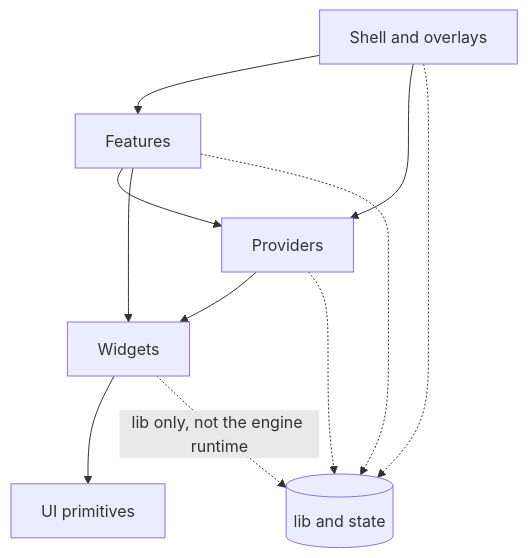
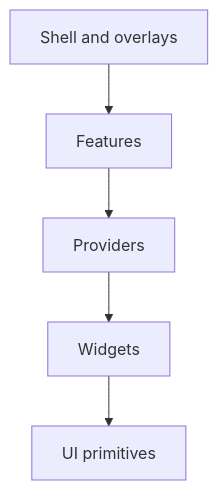
Before and after one commit to stewartadam/nightfall-lightdesk: the second of 5 diagrams in docs/internal/src/architecture/web-ui.md, drawn with Mermaid. The commit also changed other lines of this file and 6 other files, not shown here.

````diff
--- a/docs/internal/src/architecture/web-ui.md
+++ b/docs/internal/src/architecture/web-ui.md
@@ -48,16 +58,9 @@
 ```mermaid
 flowchart TB
   accTitle: Web UI layers and allowed imports
-  accDescr: Shell and overlays may import features, providers, widgets, UI primitives, lib, and state. Features may import providers, widgets, UI primitives, lib, and state, but not shell or overlays. Providers may import widgets, UI primitives, lib, and state, but not features. Widgets may import UI primitives and lib, but not state or the engine runtime. UI primitives may import only other UI primitives.
+  accDescr: The layers stack from top to bottom as shell and overlays, features, providers, widgets, and UI primitives. Each layer may import from the layer below it and from every layer further down, but never from a layer above it.
   shell[Shell and overlays] --> features[Features]
-  shell --> providers
   features --> providers[Providers]
-  features --> widgets
   providers --> widgets[Widgets]
   widgets --> ui[UI primitives]
-  shared[(lib and state)]
-  shell -.-> shared
-  features -.-> shared
-  providers -.-> shared
-  widgets -. lib only, not the engine runtime .-> shared
 ```
````
